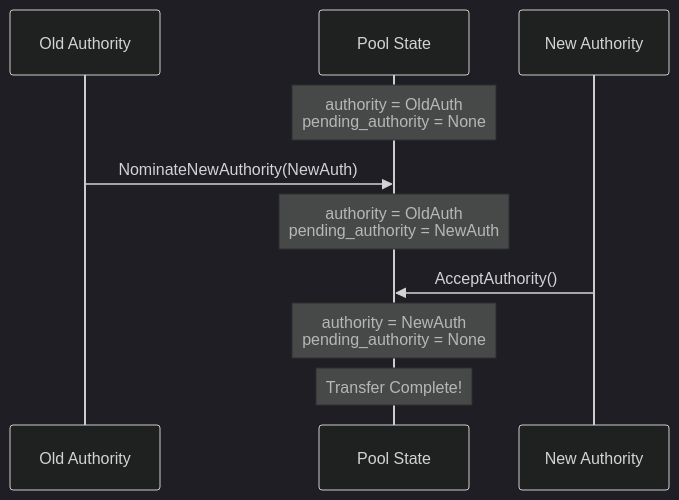
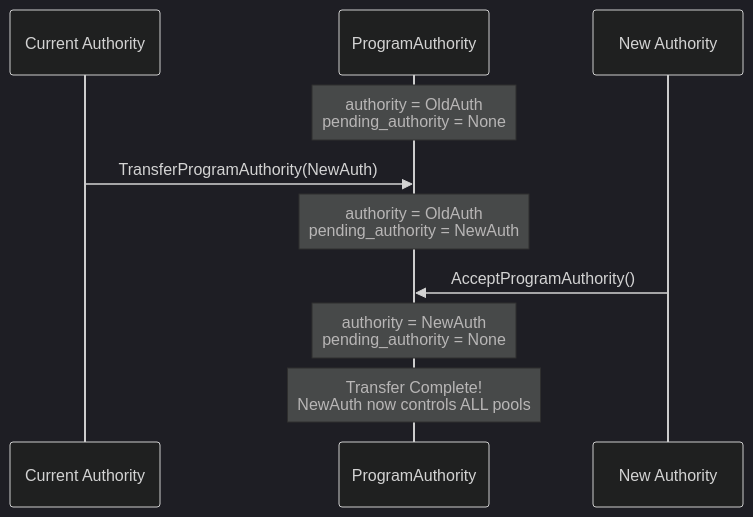
One commit to thiras/yw-stake-pool changed the third of 9 diagrams in docs/ARCHITECTURE.md. Above: the diagram before and after it, drawn with Mermaid (dark theme). The commit also changed other lines of this file and 2 other files, not shown here.

````diff
--- a/docs/ARCHITECTURE.md
+++ b/docs/ARCHITECTURE.md
@@ -95,16 +100,16 @@
 ```mermaid
 sequenceDiagram
-    participant OldAuth as Old Authority
-    participant Pool as Pool State
+    participant OldAuth as Current Authority
+    participant PA as ProgramAuthority
     participant NewAuth as New Authority
     
-    Note over Pool: authority = OldAuth<br/>pending_authority = None
+    Note over PA: authority = OldAuth<br/>pending_authority = None
     
-    OldAuth->>Pool: NominateNewAuthority(NewAuth)
-    Note over Pool: authority = OldAuth<br/>pending_authority = NewAuth
+    OldAuth->>PA: TransferProgramAuthority(NewAuth)
+    Note over PA: authority = OldAuth<br/>pending_authority = NewAuth
     
-    NewAuth->>Pool: AcceptAuthority()
-    Note over Pool: authority = NewAuth<br/>pending_authority = None
+    NewAuth->>PA: AcceptProgramAuthority()
+    Note over PA: authority = NewAuth<br/>pending_authority = None
     
-    Note over Pool: Transfer Complete!
+    Note over PA: Transfer Complete!<br/>NewAuth now controls ALL pools
 ```
````
